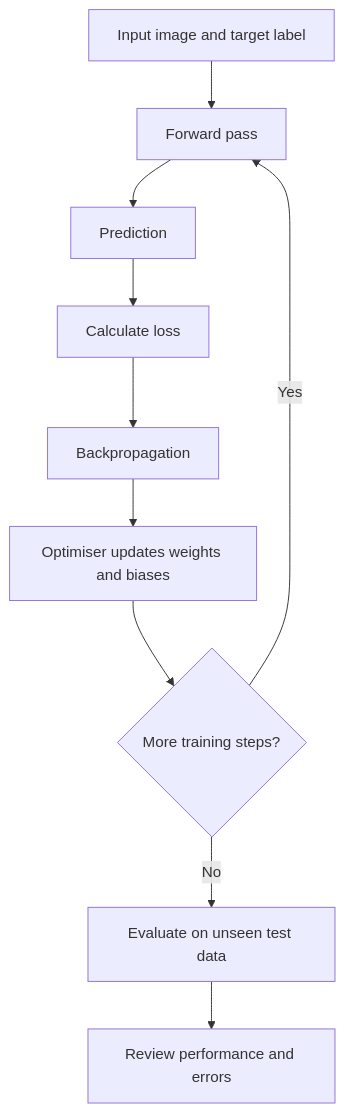
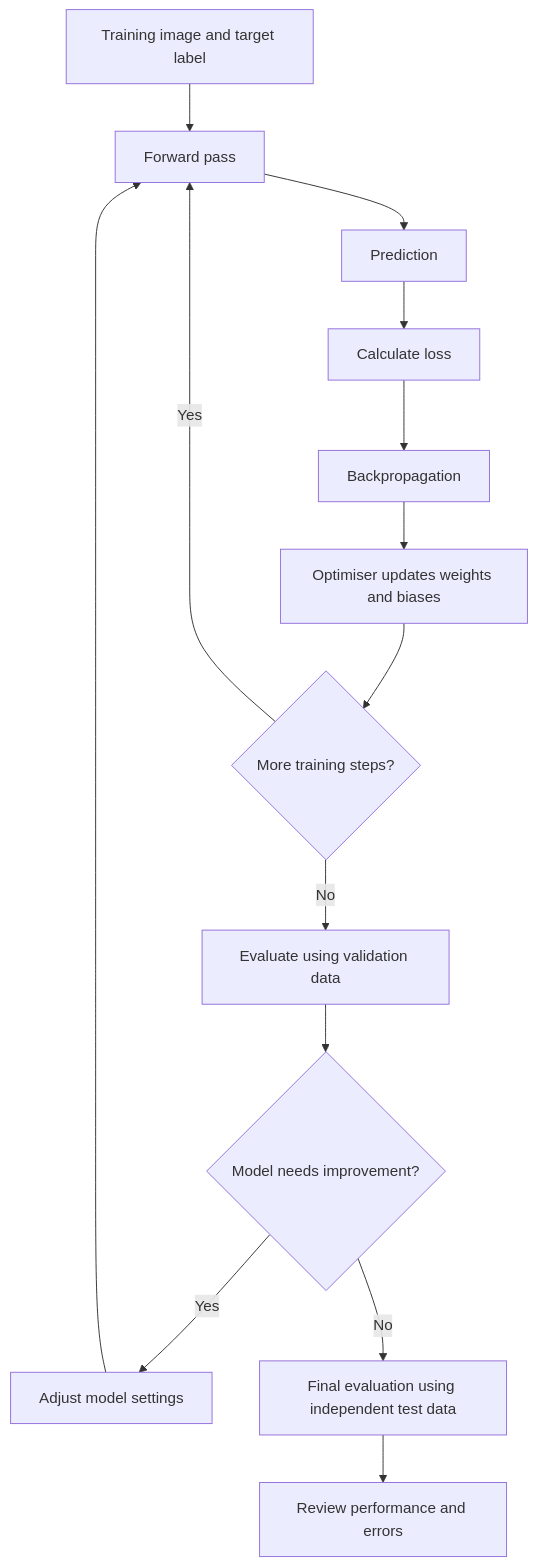
One commit to Nitheshhm/vlsiguru-ai-literacy-Nithesh.H.M changed the diagram in week-04/how_neural_networks_learn.md. Above: the diagram before and after it, drawn with Mermaid. The commit also changed other lines of this file, not shown here.

````diff
--- a/week-04/how_neural_networks_learn.md
+++ b/week-04/how_neural_networks_learn.md
@@ -106,12 +106,16 @@
 ```mermaid
 flowchart TD
-    A["Input image and target label"] --> B["Forward pass"]
+    A["Training image and target label"] --> B["Forward pass"]
     B --> C["Prediction"]
     C --> D["Calculate loss"]
     D --> E["Backpropagation"]
     E --> F["Optimiser updates weights and biases"]
     F --> G{"More training steps?"}
     G -- Yes --> B
-    G -- No --> H["Evaluate on unseen test data"]
-    H --> I["Review performance and errors"]
+    G -- No --> H["Evaluate using validation data"]
+    H --> I{"Model needs improvement?"}
+    I -- Yes --> J["Adjust model settings"]
+    J --> B
+    I -- No --> K["Final evaluation using independent test data"]
+    K --> L["Review performance and errors"]
 ```
````
